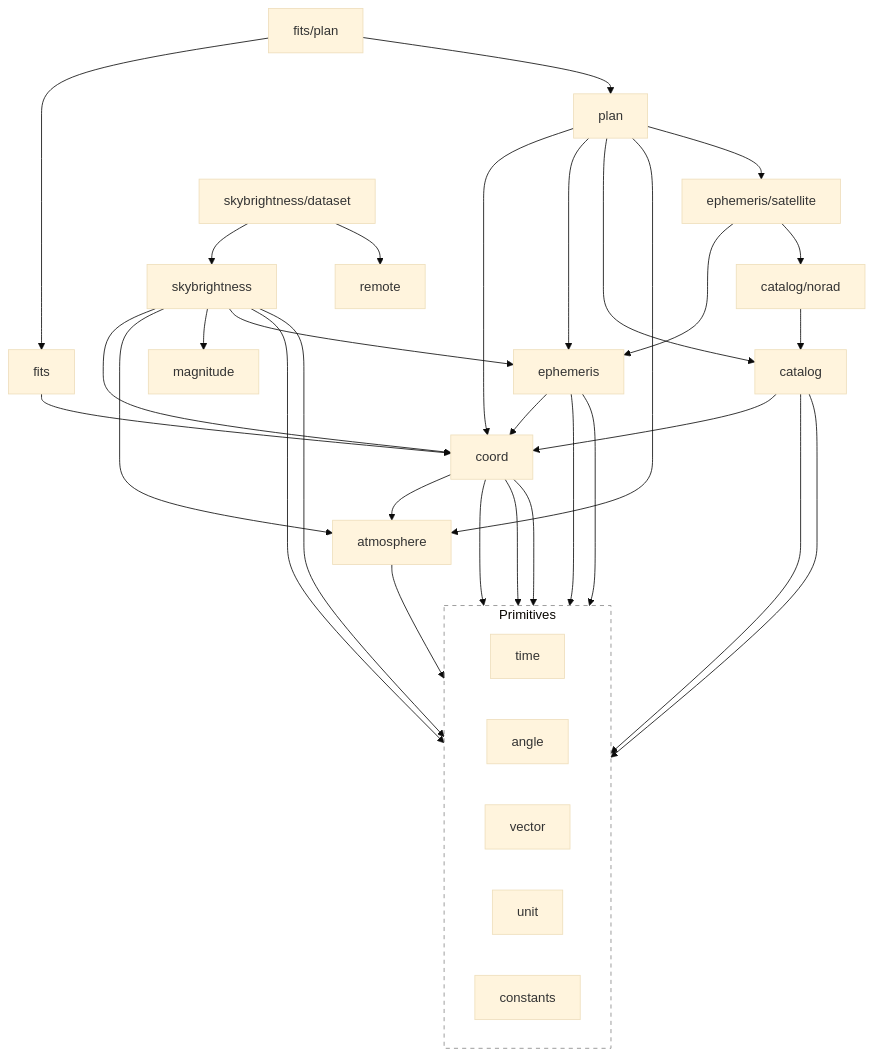
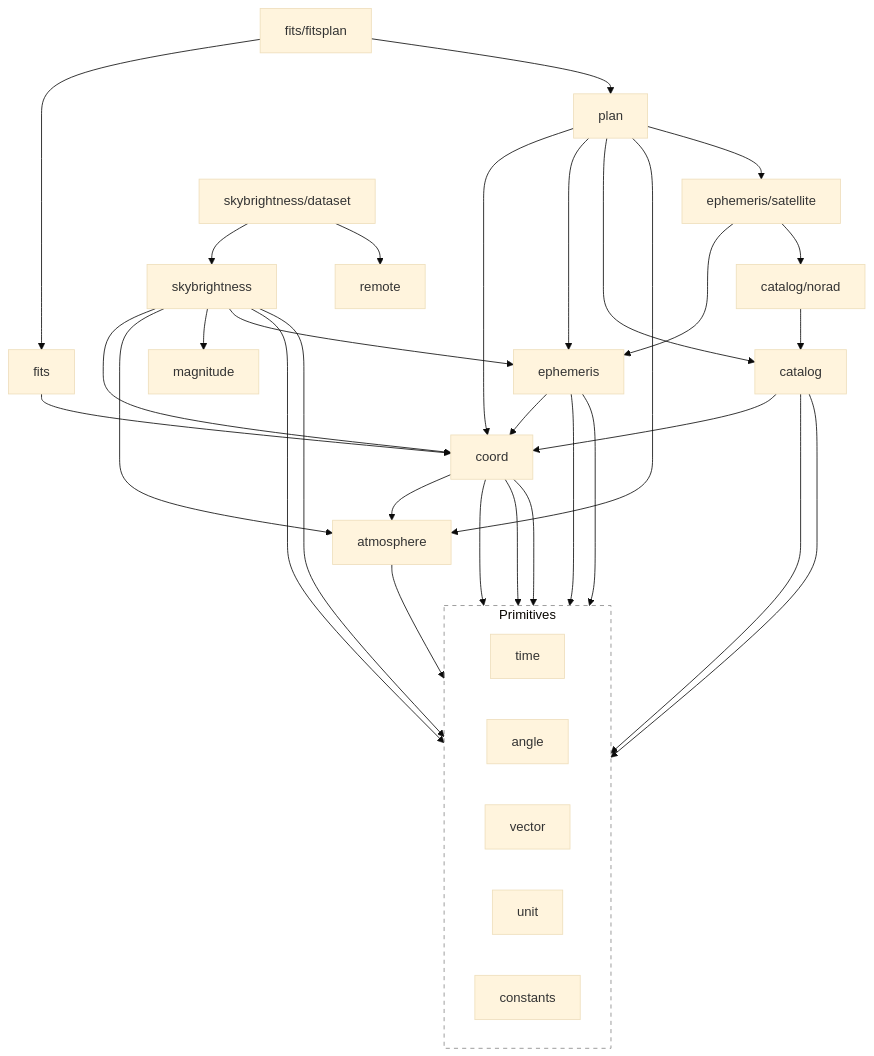
Before and after one commit to TuSKan/astrogo: the diagram in README.md, drawn with Mermaid (base theme). The commit also changed other lines of this file and 82 other files, not shown here.

````diff
--- a/README.md
+++ b/README.md
@@ -333,68 +333,68 @@
 ```mermaid
 flowchart TD
     %% High-level Orchestration
     plan[plan]
     catalog[catalog]
-    fitsplan["fits/plan"]
+    fitsplan["fits/fitsplan"]
 
     %% Scientific Engines
     ephemeris[ephemeris]
     coord[coord]
     atmosphere[atmosphere]
     fits[fits]
     skybrightness[skybrightness]
 
     %% Data Providers
 
     %% Primitive Foundation
     subgraph Primitives
         direction LR
         time[time]
         angle[angle]
         vector[vector]
         unit[unit]
         constants[constants]
     end
 
     %% Dependency mappings (Top-Down: A imports B)
     plan --> coord
     plan --> ephemeris
     plan --> catalog
     plan --> atmosphere
 
     fitsplan --> fits
     fitsplan --> plan
 
     catalog --> coord
     catalog --> time
     catalog --> angle
 
     fits --> coord
 
     ephemeris --> time
     ephemeris --> vector
     ephemeris --> coord
     satellite["ephemeris/satellite"] --> ephemeris
     satellite --> norad
     norad["catalog/norad"] --> catalog
     plan --> satellite
 
     skybrightness --> angle
     skybrightness --> unit
     skybrightness --> coord
     skybrightness --> atmosphere
     skybrightness --> magnitude
     skybrightness --> ephemeris
 
     sbdata["skybrightness/dataset"] --> skybrightness
     sbdata --> remote
 
     coord --> atmosphere
     coord --> time
     coord --> vector
     coord --> angle
 
     atmosphere --> angle
 
     style Primitives fill:transparent,stroke:#888,stroke-dasharray: 5 5
 ```
````
